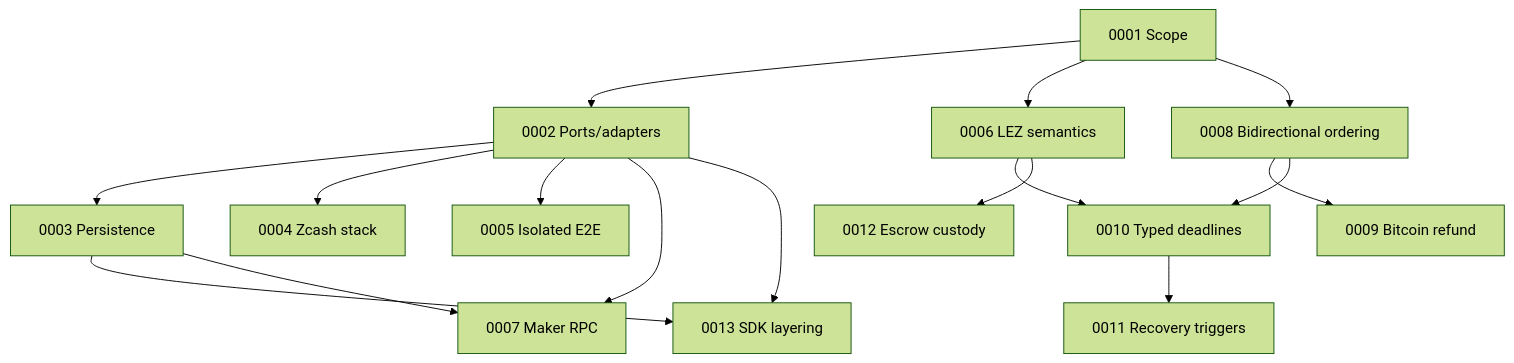
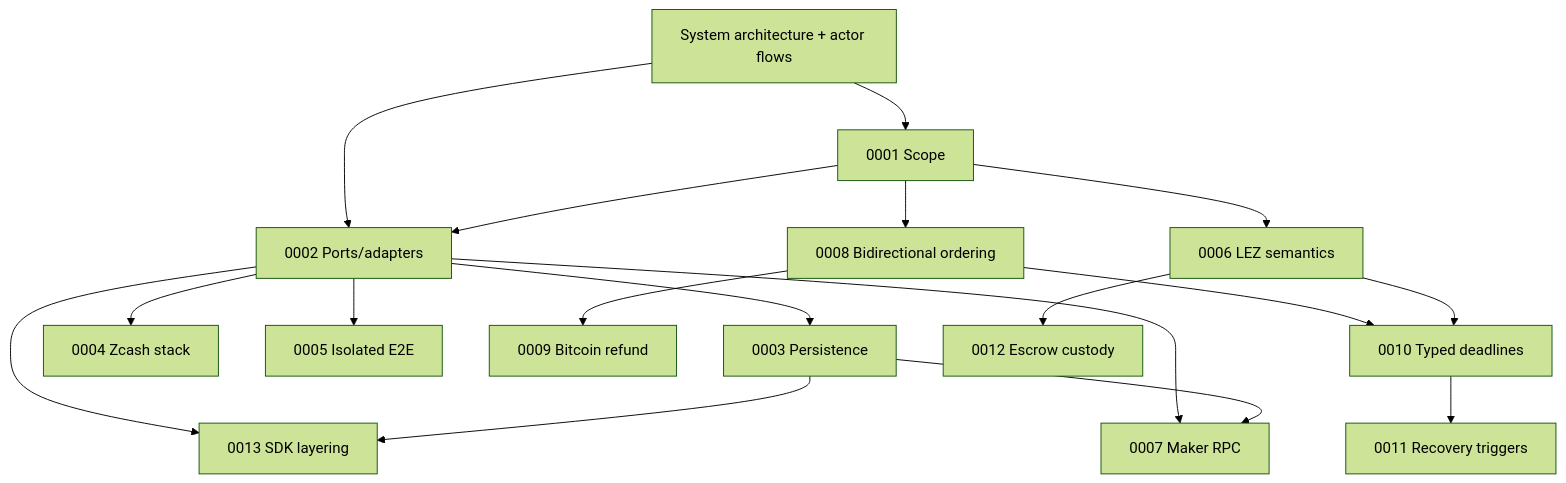
Before and after one commit to gateway-fm/lez-atomic-swaps: the diagram in docs/architecture/README.md, drawn with Mermaid (forest theme). The commit also changed other lines of this file and 4 other files, not shown here.

Commit message:
docs: add canonical system and actor architecture

````diff
--- a/docs/architecture/README.md
+++ b/docs/architecture/README.md
@@ -6,18 +12,20 @@
 ```mermaid
 flowchart TB
-    Scope["0001 Scope"] --> Ports["0002 Ports/adapters"]
+    System["System architecture + actor flows"] --> Scope["0001 Scope"]
+    System --> Ports["0002 Ports/adapters"]
+    Scope --> Ports
     Ports --> Persistence["0003 Persistence"]
     Ports --> Zcash["0004 Zcash stack"]
     Ports --> Docker["0005 Isolated E2E"]
     Scope --> LEZ["0006 LEZ semantics"]
     Ports --> RPC["0007 Maker RPC"]
     Scope --> Direction["0008 Bidirectional ordering"]
     Direction --> Bitcoin["0009 Bitcoin refund"]
     Direction --> Deadlines["0010 Typed deadlines"]
     LEZ --> Deadlines
     Deadlines --> Recovery["0011 Recovery triggers"]
     LEZ --> Custody["0012 Escrow custody"]
     Ports --> SDK["0013 SDK layering"]
     Persistence --> SDK
     Persistence --> RPC
 ```
````
